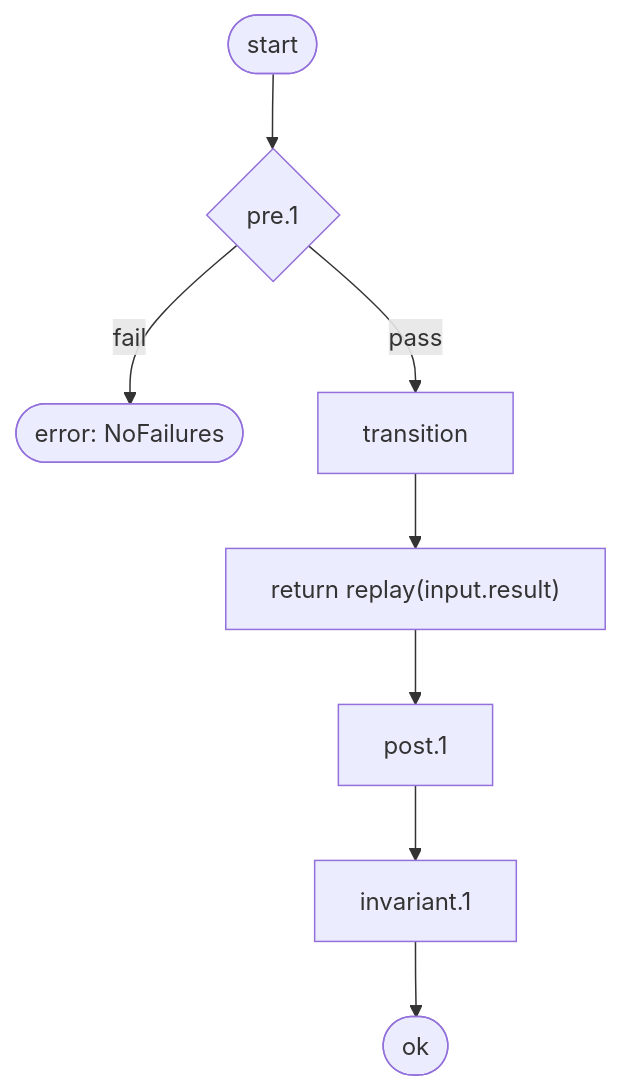
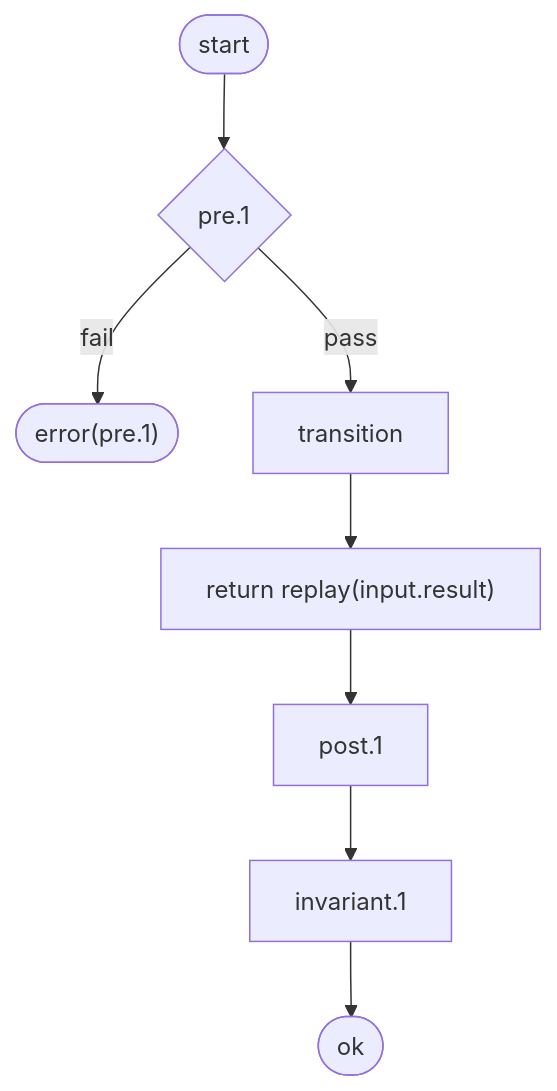
One commit to fyuuki0jp/seizu changed diagram 12 of 13 in packages/kata-cli/docs/contracts.md. Above: the diagram before and after it, drawn with Mermaid. The commit also changed other lines of this file and 78 other files, not shown here.

````diff
--- a/packages/kata-cli/docs/contracts.md
+++ b/packages/kata-cli/docs/contracts.md
@@ -935,18 +935,18 @@
 ```mermaid
 flowchart TD
   n1(["start"])
   n2(["ok"])
   n3{"pre.1"}
-  n4(["error: NoFailures"])
+  n4(["error(pre.1)"])
   n5["transition"]
   n6["return replay(input.result)"]
   n7["post.1"]
   n8["invariant.1"]
   n1 --> n3
   n3 -->|fail| n4
   n3 -->|pass| n5
   n5 --> n6
   n6 --> n7
   n7 --> n8
   n8 --> n2
 ```
````
